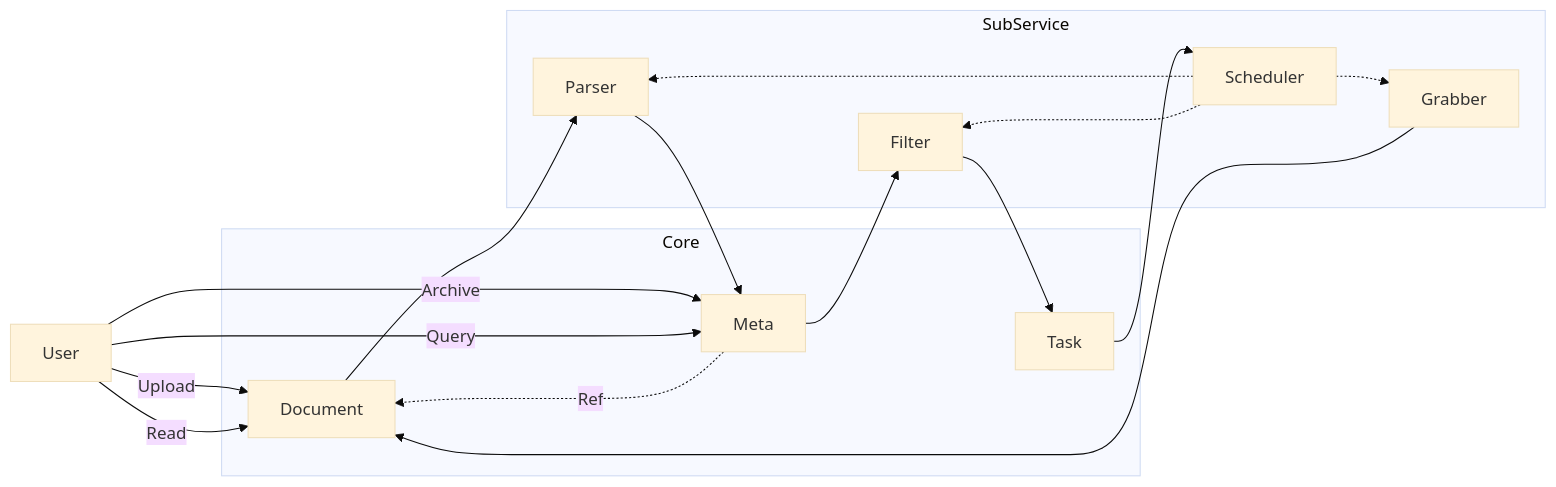
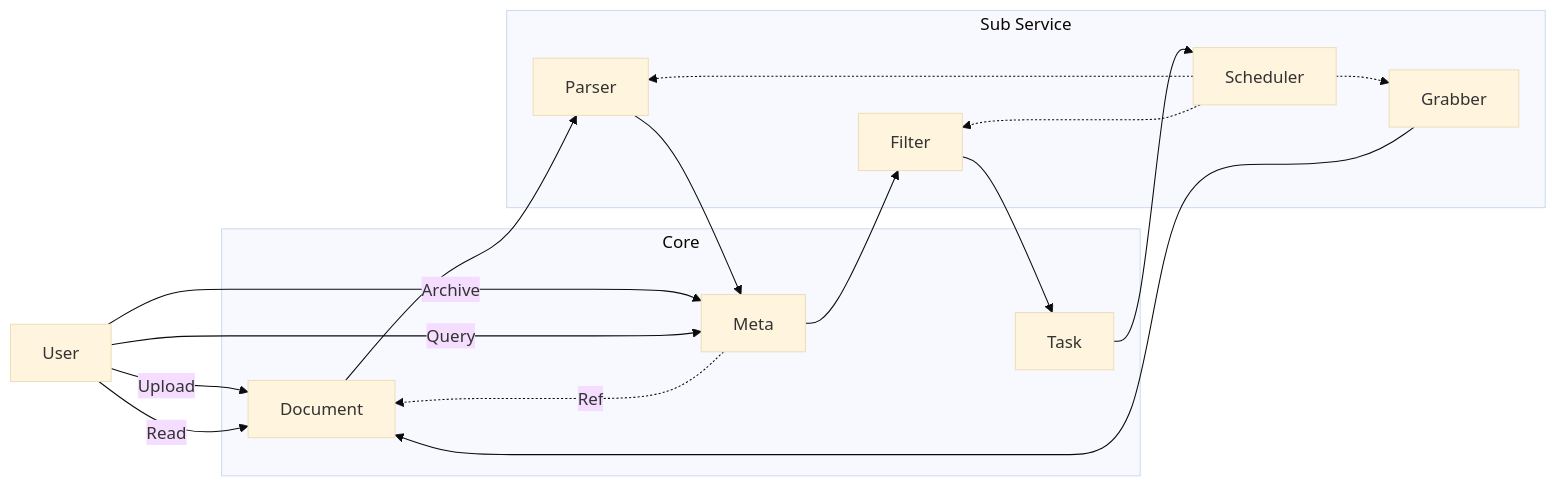
The first of 2 diagrams in Design/System Design.v2.md (Sciuromorpha/Documents), drawn with Mermaid (base theme) before and after one commit. The commit also changed other lines of this file, not shown here.

Commit message:
Update Data Flow.

````diff
--- a/Design/System Design.v2.md
+++ b/Design/System Design.v2.md
@@ -3,19 +3,19 @@
 ```mermaid
 graph LR
   User--Upload-->Document
   User--Archive-->Meta
   User--Query-->Meta
   User--Read-->Document
   subgraph Core
     Meta-. Ref .->Document
     Task
   end
-  subgraph SubService
+  subgraph Sub Service
     Grabber-->Document
     Document-->Parser-->Meta
     Meta-->Filter-->Task-->Scheduler
     Scheduler-.->Grabber
     Scheduler-.->Parser
     Scheduler-.->Filter
   end
 ```
````
